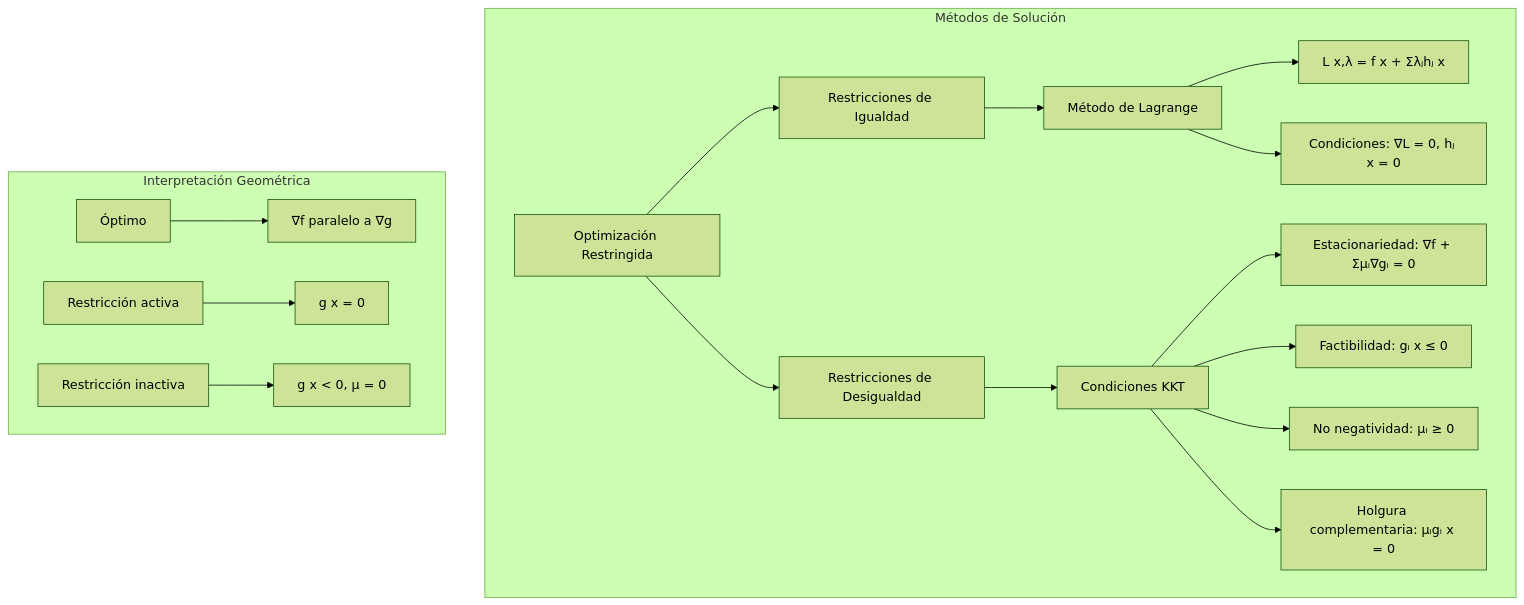
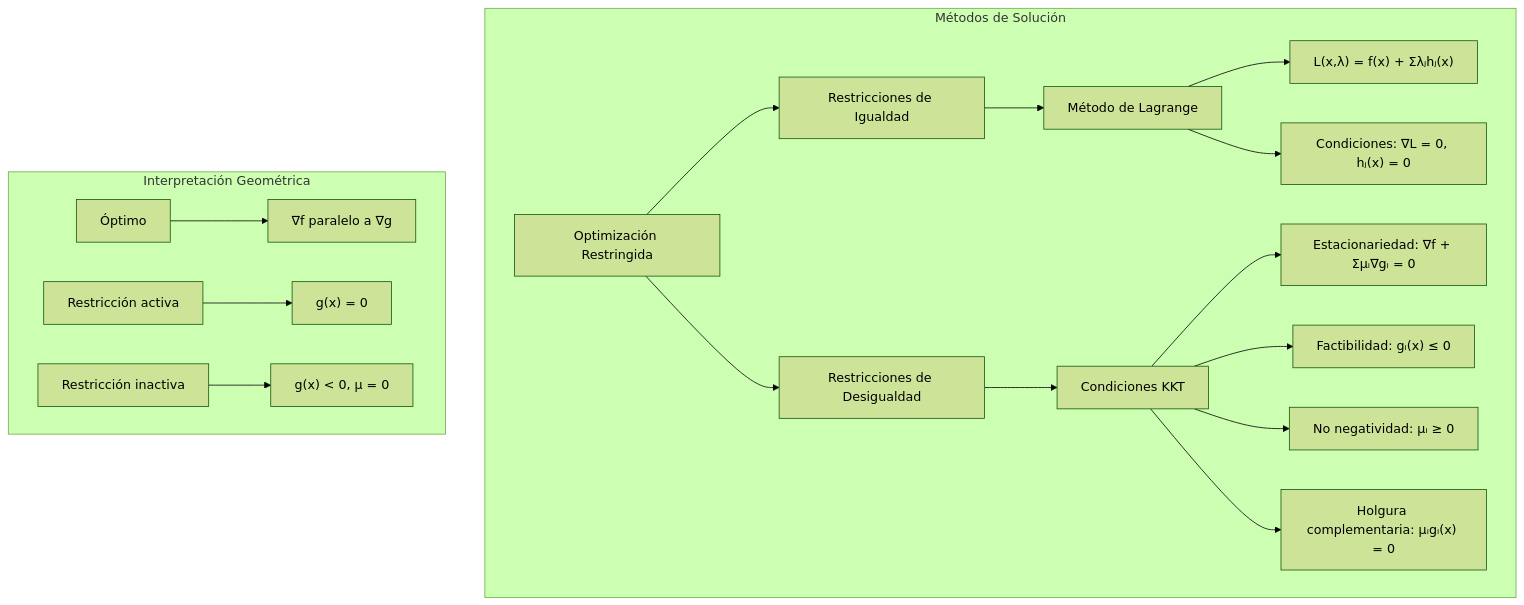
Before and after one commit to djaimej/computer-science-template: the second of 2 diagrams in public/documents/semester-2/4/2454.md, drawn with Mermaid (forest theme). The commit also changed other lines of this file and 20 other files, not shown here.

````diff
--- a/public/documents/semester-2/4/2454.md
+++ b/public/documents/semester-2/4/2454.md
@@ -451,27 +469,27 @@
 ```mermaid
 graph TD
     subgraph "Métodos de Solución"
         A[Optimización Restringida] --> B[Restricciones de Igualdad]
         A --> C[Restricciones de Desigualdad]
 
         B --> D[Método de Lagrange]
-        D --> E[L x,λ = f x + Σλⱼhⱼ x]
-        D --> F[Condiciones: ∇L = 0, hⱼ x = 0]
+        D --> E["L(x,λ) = f(x) + Σλⱼhⱼ(x)"]
+        D --> F["Condiciones: ∇L = 0, hⱼ(x) = 0"]
 
         C --> G[Condiciones KKT]
         G --> H[Estacionariedad: ∇f + Σμᵢ∇gᵢ = 0]
-        G --> I[Factibilidad: gᵢ x ≤ 0]
+        G --> I["Factibilidad: gᵢ(x) ≤ 0"]
         G --> J[No negatividad: μᵢ ≥ 0]
-        G --> K[Holgura complementaria: μᵢgᵢ x = 0]
+        G --> K["Holgura complementaria: μᵢgᵢ(x) = 0"]
     end
 
     subgraph "Interpretación Geométrica"
         L[Óptimo] --> M[∇f paralelo a ∇g]
-        N[Restricción activa] --> O[g x = 0]
-        P[Restricción inactiva] --> Q[g x < 0, μ = 0]
+        N[Restricción activa] --> O["g(x) = 0"]
+        P[Restricción inactiva] --> Q["g(x) < 0, μ = 0"]
     end
 
     D:::dandelion
     G:::caribbean
     E:::inchworm
 ```
````
